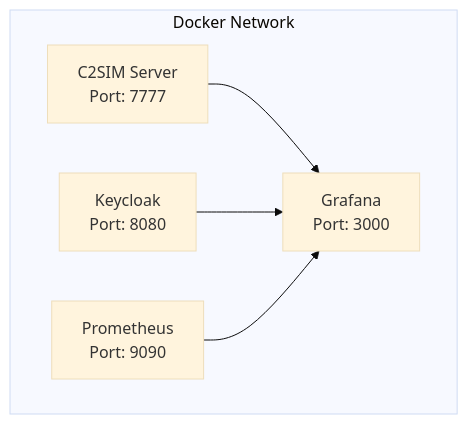
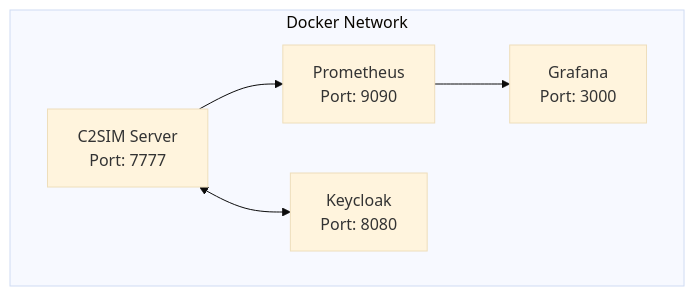
One commit to TNO-MST/c2sim-server changed the diagram in docs/content/docker/docker.md. Above: the diagram before and after it, drawn with Mermaid (base theme). The commit also changed other lines of this file and 1 other file, not shown here.

````diff
--- a/docs/content/docker/docker.md
+++ b/docs/content/docker/docker.md
@@ -7,13 +11,13 @@
 ```mermaid
 flowchart TB
     subgraph Docker_Network["Docker Network"]
         C2SIM["C2SIM Server<br/>Port: 7777"]
         KC["Keycloak<br/>Port: 8080"]
         PROM["Prometheus<br/>Port: 9090"]
         GRAF["Grafana<br/>Port: 3000"]
 
-        C2SIM --> GRAF
-        KC --> GRAF
+        C2SIM --> PROM
+        C2SIM <--> KC
         PROM --> GRAF
     end
 ```
````
